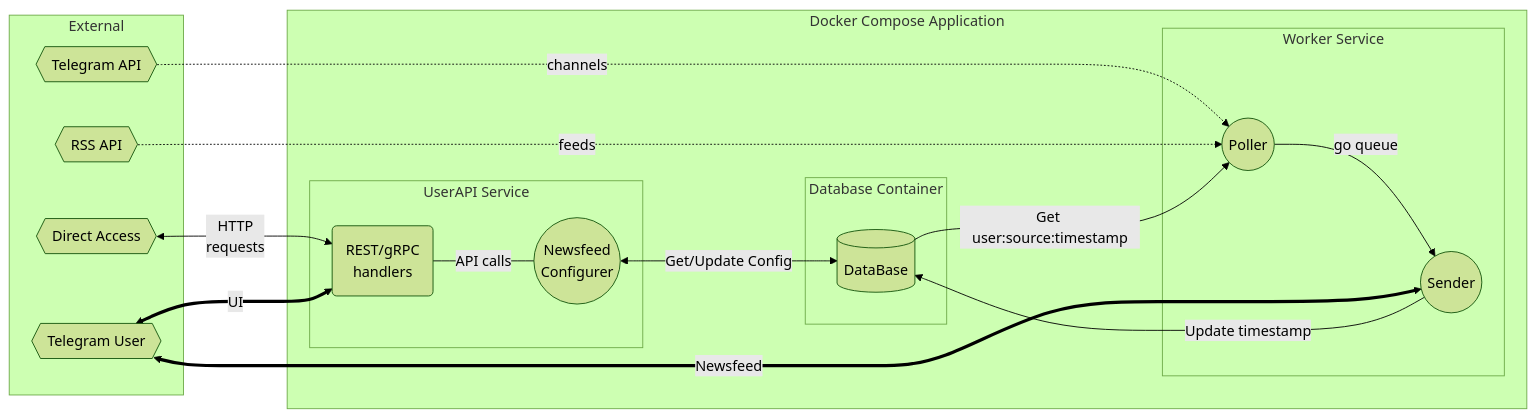
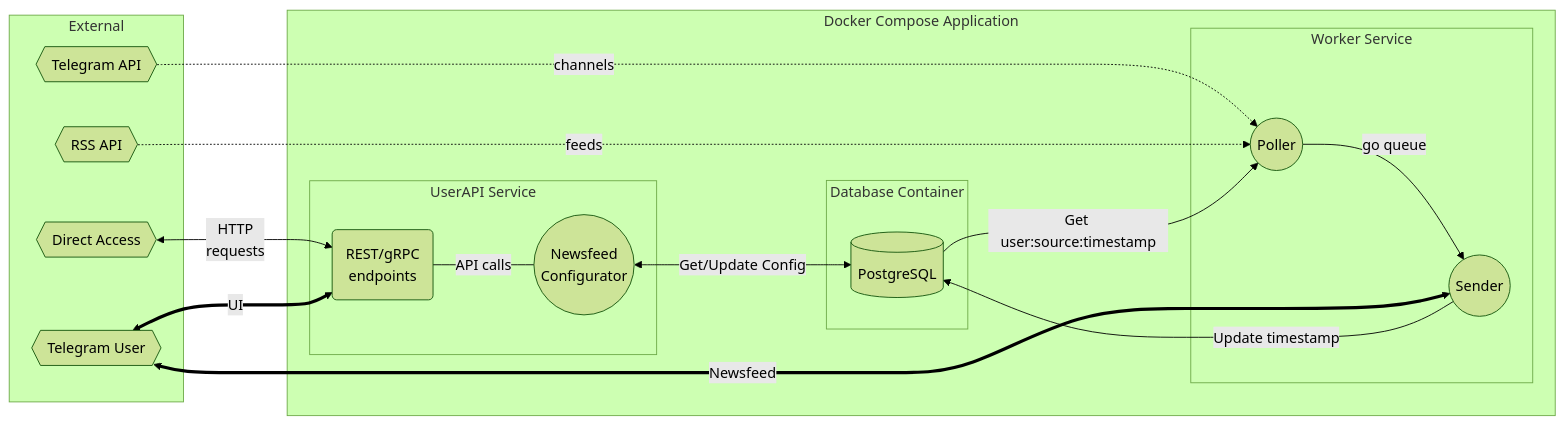
The diagram in README.md (Rush-iam/AggreBot), drawn with Mermaid (forest theme) before and after one commit. The commit also changed other lines of this file and 21 other files, not shown here.

Commit message:
- initial CRUD gRPC service - initial REST proxy

````diff
--- a/README.md
+++ b/README.md
@@ -23,36 +23,36 @@
 ```mermaid
 flowchart LR
 
 subgraph External
     DIRECT{{Direct Access}}
     TGUSER{{Telegram User}}
     TG{{Telegram API}}
     RSS{{RSS API}}
 end
 subgraph Docker Compose Application
     subgraph UserAPI [UserAPI Service]
-        HANDLERS(REST/gRPC<br/>handlers)
-        CONFIGURER((Newsfeed<br/>Configurer))
+        ENDPOINTS(REST/gRPC<br/>endpoints)
+        CONFIGURER((Newsfeed<br/>Configurator))
     end
     subgraph Database [Database Container]
-        DB[(DataBase)]
+        DB[(PostgreSQL)]
     end
     subgraph Worker Service
         POLLER((Poller))
         SENDER((Sender))
     end
 end
 
-DIRECT <-->|HTTP<br/>requests| HANDLERS
-TGUSER <==>|UI| HANDLERS
+DIRECT  <-->|HTTP<br/>requests| ENDPOINTS
+TGUSER  <==>|UI| ENDPOINTS
 TG -.->|channels| POLLER
 RSS -.->|feeds| POLLER
 
-HANDLERS ---|API calls| CONFIGURER<-->|Get/Update Config| DB
+ENDPOINTS ---|API calls| CONFIGURER<-->|Get/Update Config| DB
 
 DB -->|Get user:source:timestamp| POLLER 
 POLLER -->|go queue| SENDER
 SENDER -->|Update timestamp| DB
-TGUSER <==> |Newsfeed| SENDER
+TGUSER <==>|Newsfeed| SENDER
 
 ```
````
